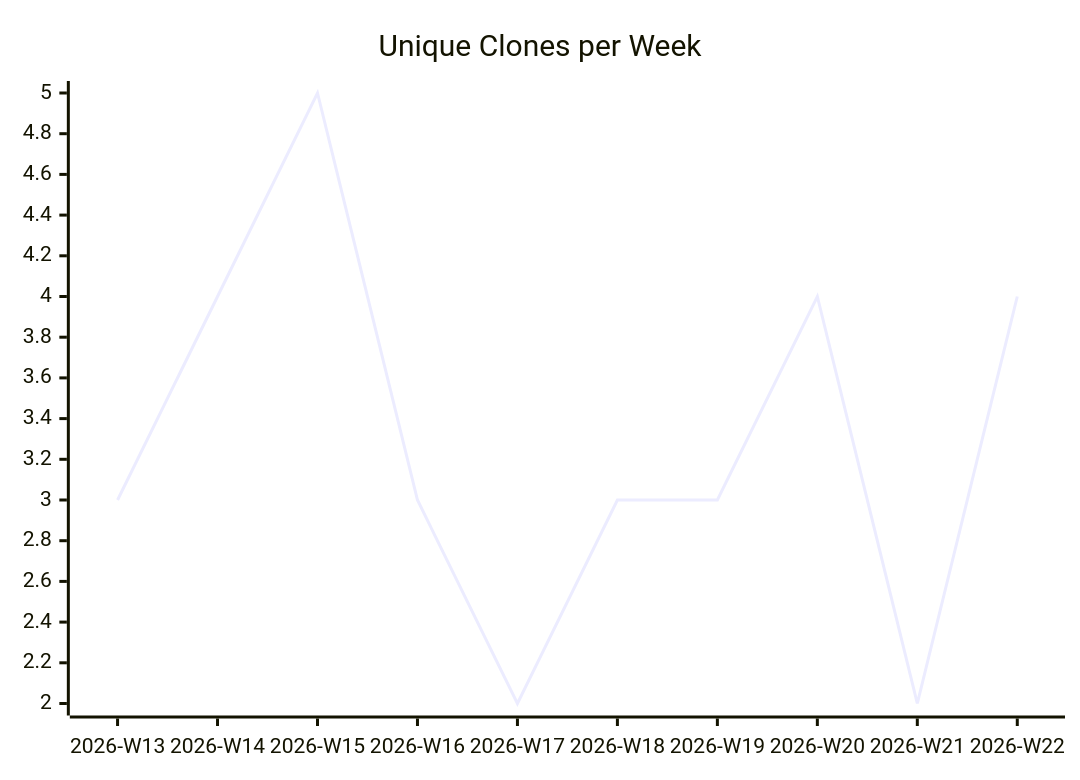
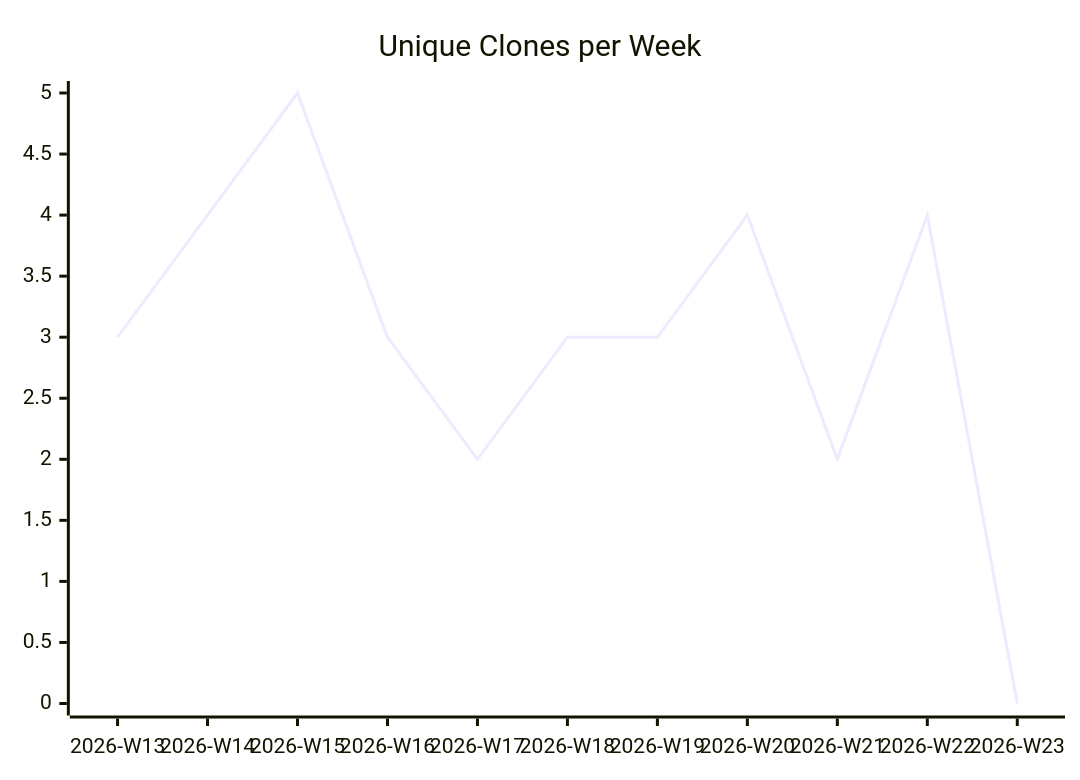
The third of 3 diagrams in karlmdavis/justdavis-karl/README.md (justdavis-family/github-analytics-data), drawn with Mermaid before and after one commit. The commit also changed other lines of this file and 186 other files, not shown here.

````diff
--- a/karlmdavis/justdavis-karl/README.md
+++ b/karlmdavis/justdavis-karl/README.md
@@ -19,6 +19,6 @@
 ```mermaid
 xychart-beta
   title "Unique Clones per Week"
-  x-axis ["2026-W13", "2026-W14", "2026-W15", "2026-W16", "2026-W17", "2026-W18", "2026-W19", "2026-W20", "2026-W21", "2026-W22"]
-  line [3, 4, 5, 3, 2, 3, 3, 4, 2, 4]
+  x-axis ["2026-W13", "2026-W14", "2026-W15", "2026-W16", "2026-W17", "2026-W18", "2026-W19", "2026-W20", "2026-W21", "2026-W22", "2026-W23"]
+  line [3, 4, 5, 3, 2, 3, 3, 4, 2, 4, 0]
 ```
````
